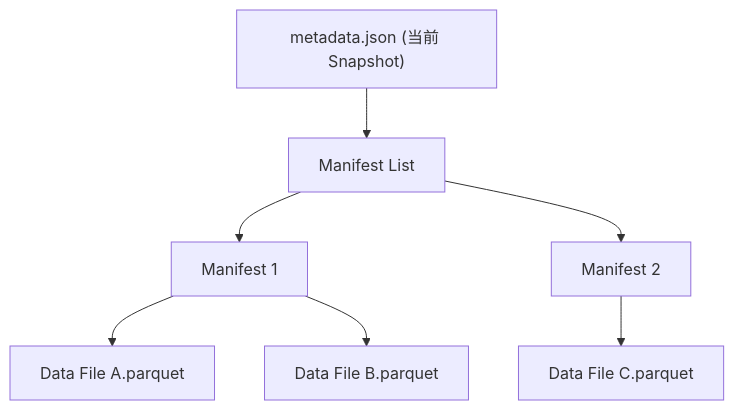
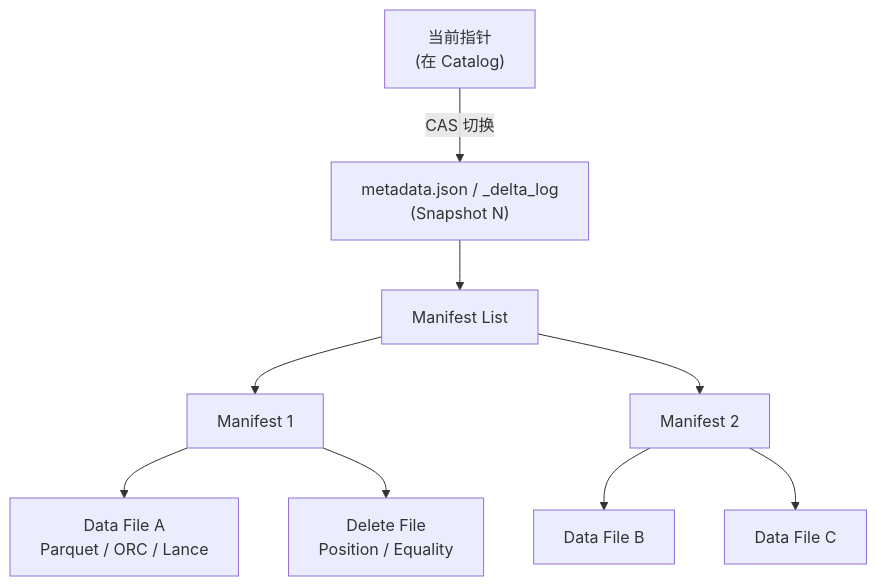
One commit to wangyong9999/lakehouse-wiki changed the diagram in docs/lakehouse/lake-table.md. Above: the diagram before and after it, drawn with Mermaid. The commit also changed other lines of this file and 3 other files, not shown here.

````diff
--- a/docs/lakehouse/lake-table.md
+++ b/docs/lakehouse/lake-table.md
@@ -24,9 +67,11 @@
 ```mermaid
 flowchart TD
-  root["metadata.json (当前 Snapshot)"] --> ml["Manifest List"]
-  ml --> m1[Manifest 1]
-  ml --> m2[Manifest 2]
-  m1 --> d1[Data File A.parquet]
-  m1 --> d2[Data File B.parquet]
-  m2 --> d3[Data File C.parquet]
+  pointer["当前指针<br/>(在 Catalog)"] -->|CAS 切换| meta["metadata.json / _delta_log<br/>(Snapshot N)"]
+  meta --> list["Manifest List"]
+  list --> m1[Manifest 1]
+  list --> m2[Manifest 2]
+  m1 --> d1[Data File A<br/>Parquet / ORC / Lance]
+  m1 --> del1[Delete File<br/>Position / Equality]
+  m2 --> d2[Data File B]
+  m2 --> d3[Data File C]
 ```
````
